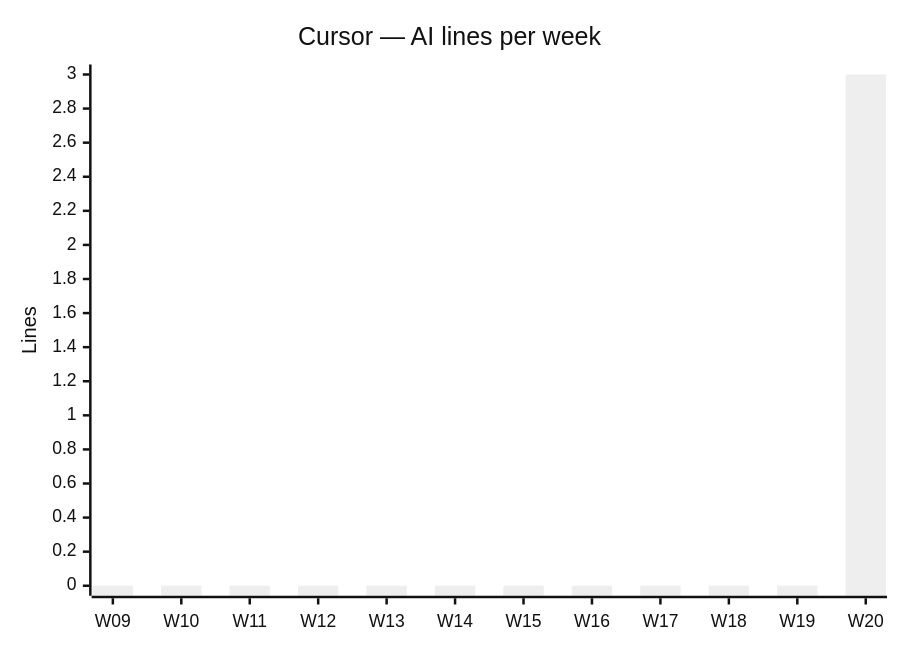
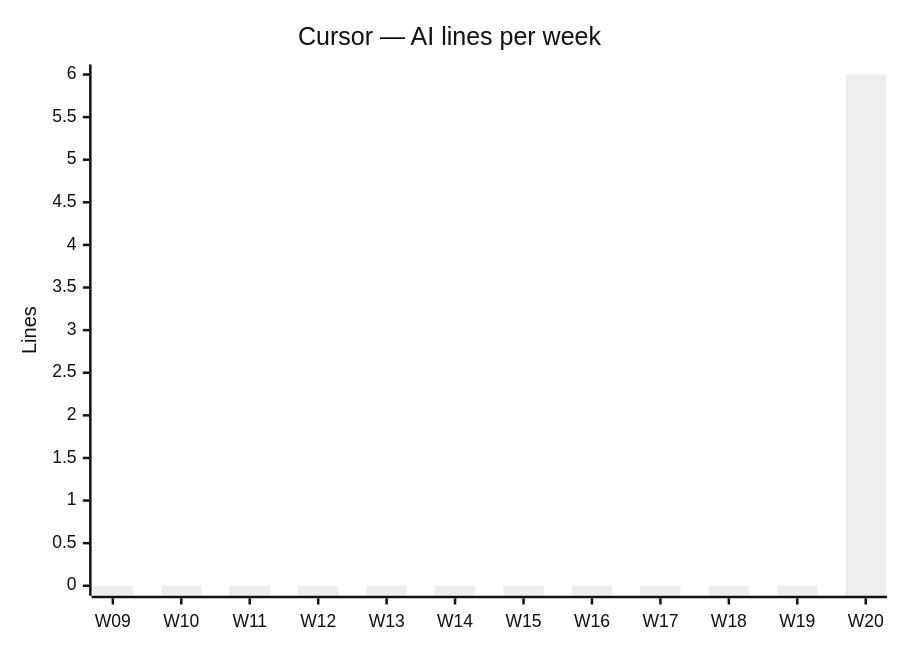
One commit to fromwaydowntown/ai-use changed the fourth of 4 diagrams in docs/AI_USAGE.md. Above: the diagram before and after it, drawn with Mermaid (neutral theme). The commit also changed other lines of this file, not shown here.

````diff
--- a/docs/AI_USAGE.md
+++ b/docs/AI_USAGE.md
@@ -49,7 +49,7 @@
 ```mermaid
 xychart-beta
     title "Cursor — AI lines per week"
     x-axis ["W09", "W10", "W11", "W12", "W13", "W14", "W15", "W16", "W17", "W18", "W19", "W20"]
     y-axis "Lines"
-    bar [0, 0, 0, 0, 0, 0, 0, 0, 0, 0, 0, 3]
+    bar [0, 0, 0, 0, 0, 0, 0, 0, 0, 0, 0, 6]
 ```
````
